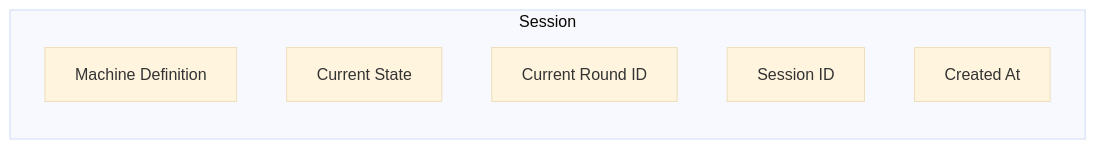
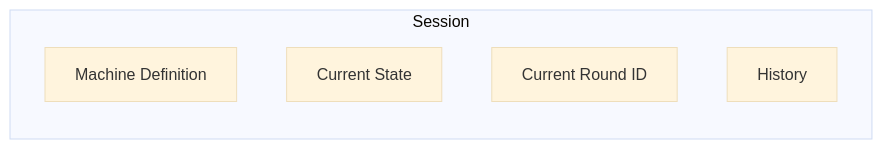
One commit to eloquentanalytics/dialai changed the diagram in website/docs/concepts/sessions.md. Above: the diagram before and after it, drawn with Mermaid (base theme). The commit also changed other lines of this file and 23 other files, not shown here.

````diff
--- a/website/docs/concepts/sessions.md
+++ b/website/docs/concepts/sessions.md
@@ -19,10 +20,9 @@
 ```mermaid
 graph LR
     subgraph Session
         D[Machine Definition]
         C[Current State]
         R[Current Round ID]
-        I[Session ID]
-        T[Created At]
+        H[History]
     end
 ```
````
